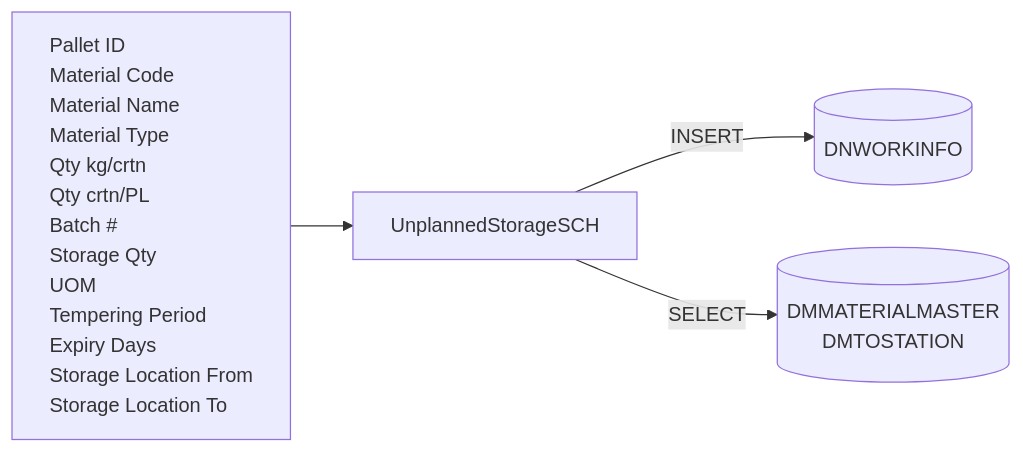
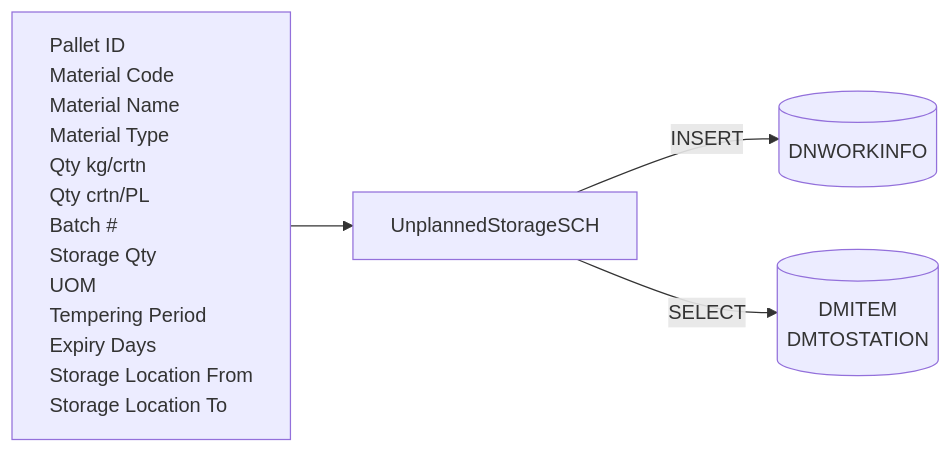
One commit to luthfiadityaa/SimeDarby-Wiki changed the third of 22 diagrams in Basic-Design/DFD-WMS/Storage/Unplanned-Storage/Unplanned-Storage-from-HP.md. Above: the diagram before and after it, drawn with Mermaid. The commit also changed other lines of this file, not shown here.

Commit message:
Updated Unplanned Storage from HP

```diff
--- a/Basic-Design/DFD-WMS/Storage/Unplanned-Storage/Unplanned-Storage-from-HP.md
+++ b/Basic-Design/DFD-WMS/Storage/Unplanned-Storage/Unplanned-Storage-from-HP.md
@@ -104,36 +104,36 @@
 ::: mermaid
 flowchart LR
     input[
         Pallet ID
         Material Code
         Material Name
         Material Type
         Qty kg/crtn
         Qty crtn/PL
         Batch #
         Storage Qty
         UOM
         Tempering Period
         Expiry Days
         Storage Location From
         Storage Location To        
     ]
 
     tableList-insert[("
         DNWORKINFO
     ")]
 
     tableList-select[("
-        DMMATERIALMASTER
+        DMITEM
         DMTOSTATION
     ")]
 
 
     className[UnplannedStorageSCH]
 
     input --> className --> |INSERT| tableList-insert
     className --> |SELECT| tableList-select
 
     classDef leftAlign text-align:left;
     class input leftAlign;
 :::
```
